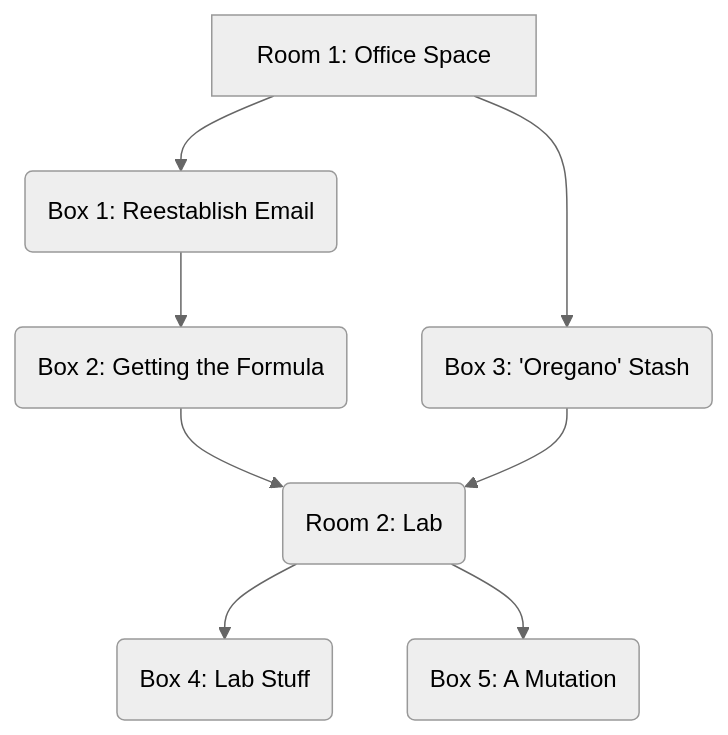
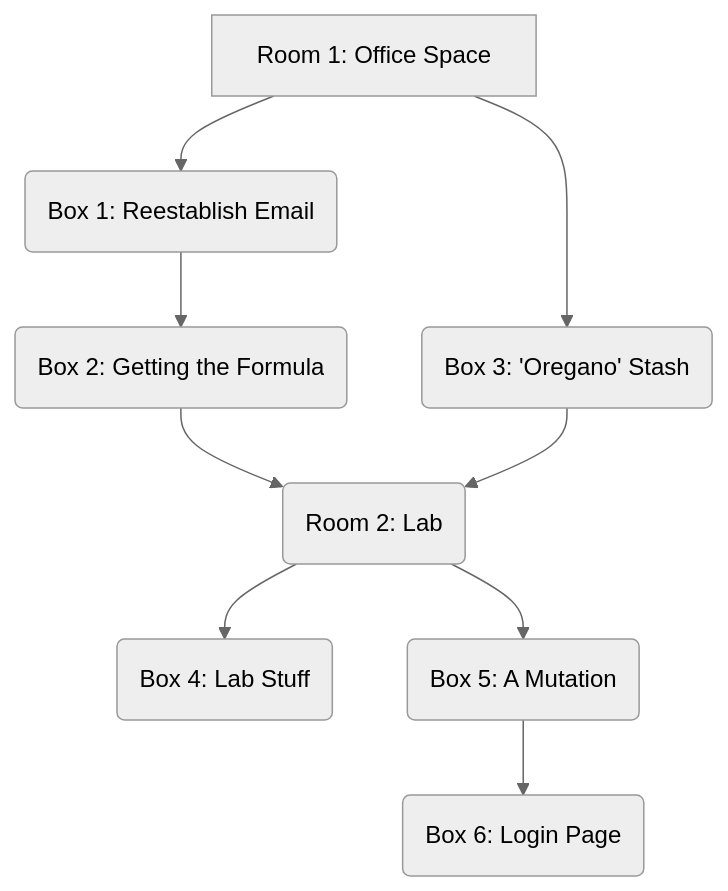
Before and after one commit to open-sesame-escape/open-sesame-escape.github.io: the diagram in content/rooms/virus/index.md, drawn with Mermaid (neutral theme). The commit also changed other lines of this file, not shown here.

Commit message:
Virus room login page

```diff
--- a/content/rooms/virus/index.md
+++ b/content/rooms/virus/index.md
@@ -226,10 +246,11 @@
 {{< mermaid align="center" >}}
 graph TB;
   R1[Room 1: Office Space] --> B1 & B3
   B1(Box 1: Reestablish Email) --> B2
   B2(Box 2: Getting the Formula) --> R2
   B3(Box 3: 'Oregano' Stash) --> R2
   R2(Room 2: Lab) --> B4 & B5
   B4(Box 4: Lab Stuff)
-  B5(Box 5: A Mutation)
+  B5(Box 5: A Mutation) --> B6
+  B6(Box 6: Login Page)
 {{< /mermaid >}}
```
